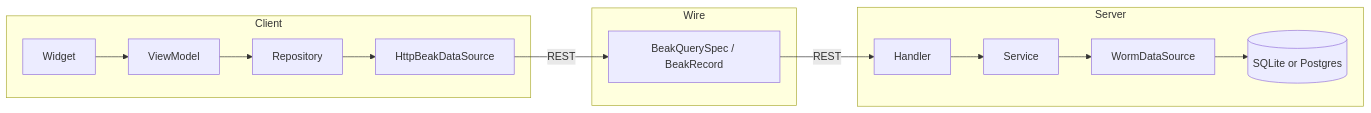
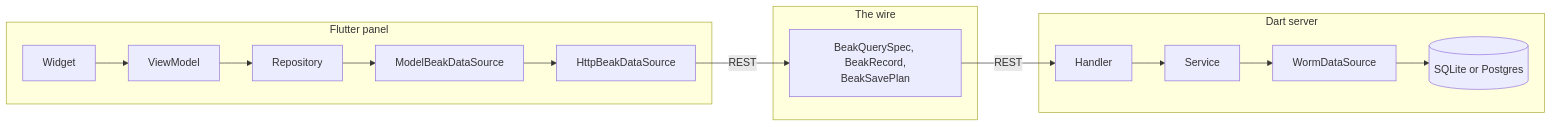
One commit to SimonErich/beak changed the diagram in docs/architecture/index.md. Above: the diagram before and after it, drawn with Mermaid. The commit also changed other lines of this file and 10 other files, not shown here.

Commit message:
docs(architecture): internals for contributors and experts, with diagrams rendered and facts checked against the code

````diff
--- a/docs/architecture/index.md
+++ b/docs/architecture/index.md
@@ -40,14 +21,15 @@
 ```mermaid
 flowchart LR
-  subgraph Client
-    W[Widget] --> VM[ViewModel] --> R[Repository] --> FDS[HttpBeakDataSource]
+  subgraph Panel [Flutter panel]
+    W[Widget] --> VM[ViewModel] --> R[Repository] --> DS[ModelBeakDataSource]
+    DS --> HTTP[HttpBeakDataSource]
   end
-  subgraph Wire
-    Spec[BeakQuerySpec / BeakRecord]
+  subgraph Wire [The wire]
+    SPEC["BeakQuerySpec, BeakRecord,<br/>BeakSavePlan"]
   end
-  subgraph Server
-    H[Handler] --> S[Service] --> BDS[WormDataSource] --> DB[(SQLite or Postgres)]
+  subgraph Server [Dart server]
+    H[Handler] --> S[Service] --> WDS[WormDataSource] --> DB[(SQLite or Postgres)]
   end
-  FDS -->|REST| Spec
-  Spec -->|REST| H
+  HTTP -->|REST| SPEC
+  SPEC -->|REST| H
 ```
````
